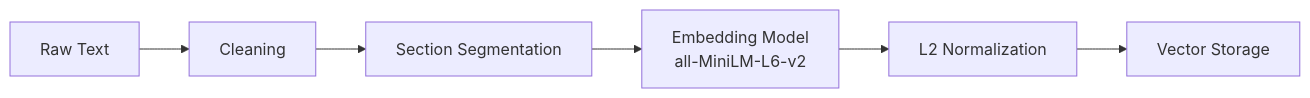
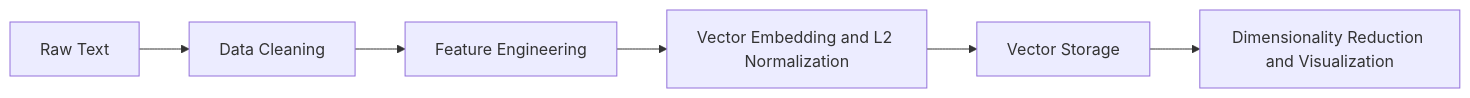
Before and after one commit to moonuel/semantic-career-map: the diagram in site/technical/embedding-pipeline.md, drawn with Mermaid. The commit also changed other lines of this file and 14 other files, not shown here.

````diff
--- a/site/technical/embedding-pipeline.md
+++ b/site/technical/embedding-pipeline.md
@@ -7,8 +7,8 @@
 ```mermaid
 graph LR
-    A[Raw Text] --> B[Cleaning]
-    B --> C[Section Segmentation]
-    C --> D[Embedding Model<br/>all-MiniLM-L6-v2]
-    D --> E[L2 Normalization]
-    E --> F[Vector Storage]
+    A[Raw Text] -->B[Data Cleaning]
+    B --> C[Feature Engineering]
+    C --> D[Vector Embedding and L2 Normalization]
+    D --> E[Vector Storage]
+    E --> F[Dimensionality Reduction and Visualization]
 ```
````
